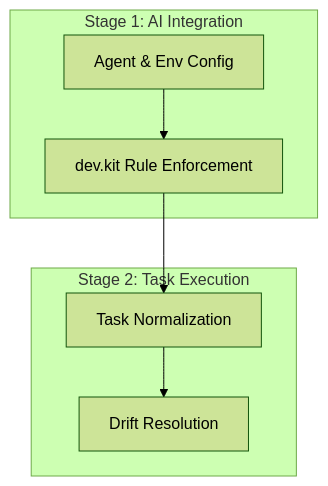
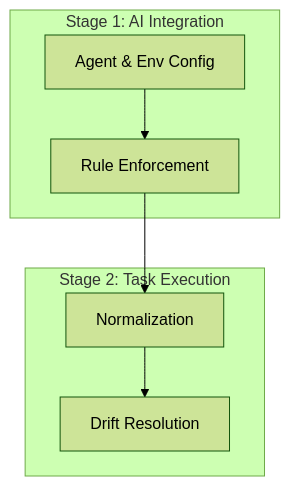
One commit to udx/dev.kit changed the fourth of 4 diagrams in README.md. Above: the diagram before and after it, drawn with Mermaid (forest theme). The commit also changed other lines of this file and 1 other file, not shown here.

````diff
--- a/README.md
+++ b/README.md
@@ -63,12 +67,12 @@
 ```mermaid
 flowchart TD
     subgraph Stage 1: AI Integration
-    Config[Agent & Env Config] --> Enforce[dev.kit Rule Enforcement]
+    Config[Agent & Env Config] --> Enforce[Rule Enforcement]
     end
-    
+
     subgraph Stage 2: Task Execution
-    Normal[Task Normalization] --> Resolution[Drift Resolution]
+    Normal[Normalization] --> Resolution[Drift Resolution]
     end
-    
+
     Enforce --> Normal
 ```
````
